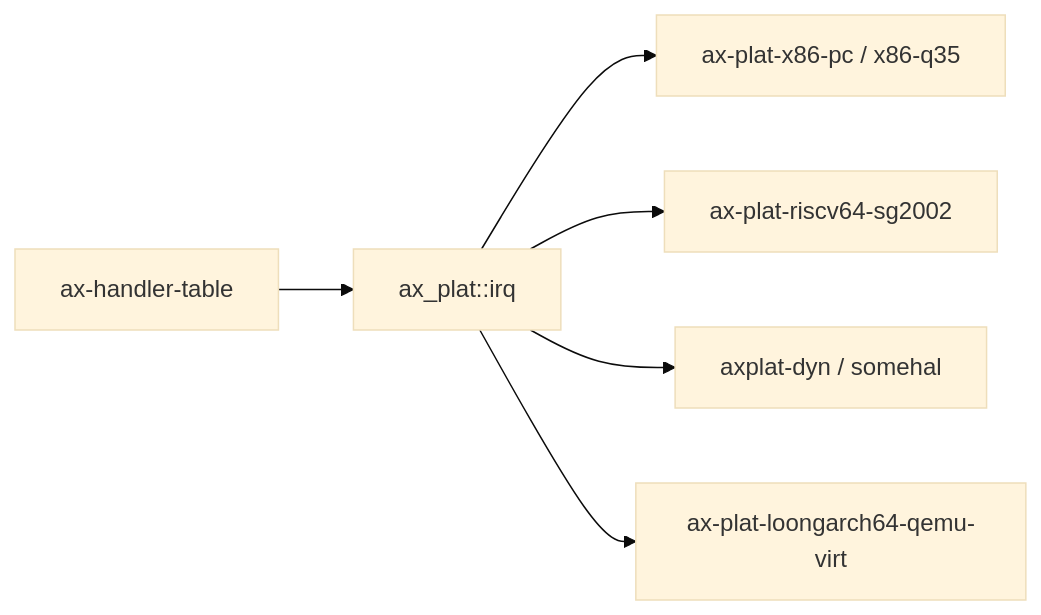
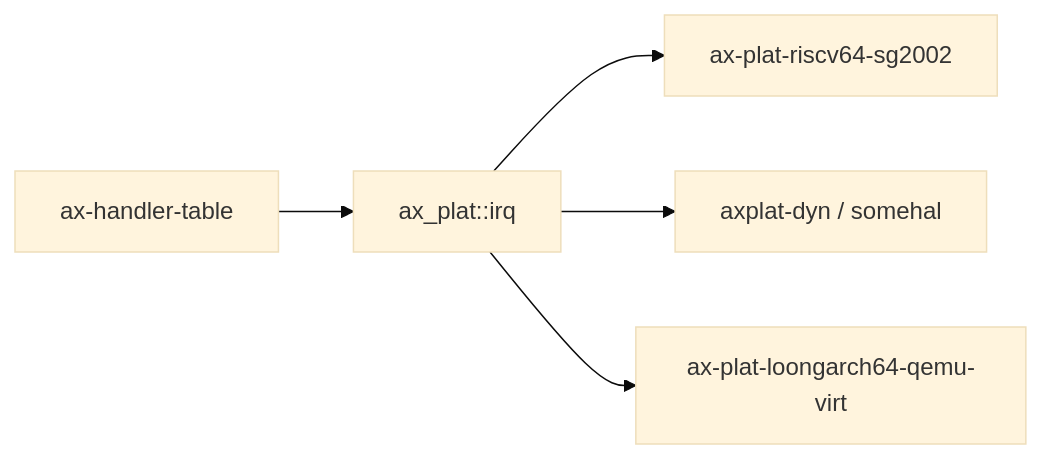
One commit to rcore-os/tgoskits changed the second of 2 diagrams in docs/docs/components/crates/ax-handler-table.md. Above: the diagram before and after it, drawn with Mermaid (base theme). The commit also changed other lines of this file and 69 other files, not shown here.

````diff
--- a/docs/docs/components/crates/ax-handler-table.md
+++ b/docs/docs/components/crates/ax-handler-table.md
@@ -66,8 +66,7 @@
 ```mermaid
 graph LR
     ax_handler_table["ax-handler-table"] --> axplat["ax_plat::irq"]
-    axplat --> x86["ax-plat-x86-pc / x86-q35"]
     axplat --> riscv["ax-plat-riscv64-sg2002"]
     axplat --> aarch64["axplat-dyn / somehal"]
     axplat --> loongarch["ax-plat-loongarch64-qemu-virt"]
 ```
````
